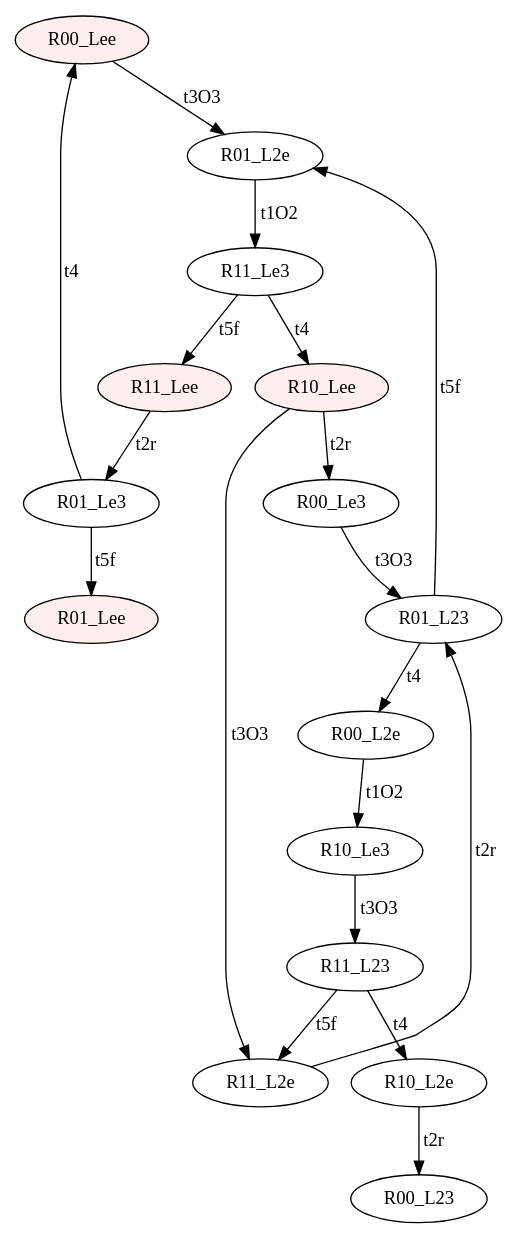
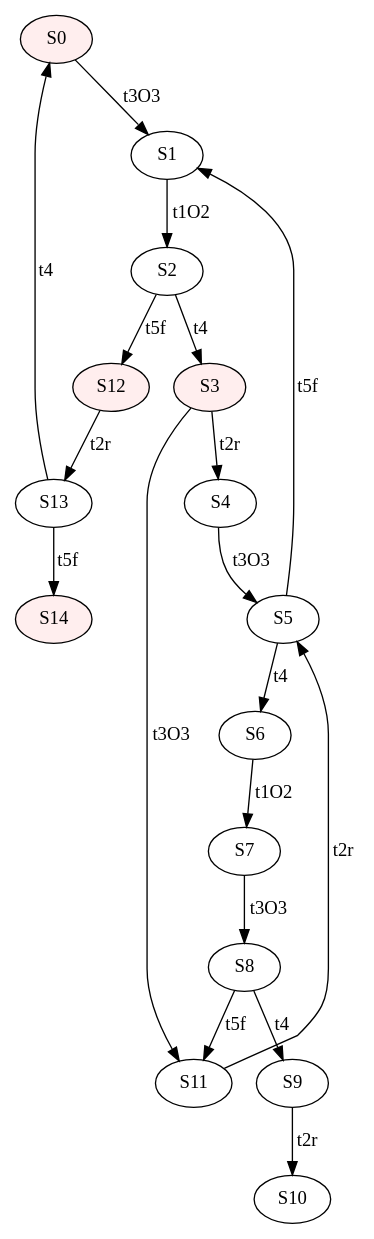
One commit to Stefano-BS/Explanatory-Diagnosis changed the diagram in input/e_SC.dot. Above: the diagram before and after it, drawn with Graphviz. The commit also changed 40 other files, not shown here.

```diff
--- a/input/e_SC.dot
+++ b/input/e_SC.dot
@@ -1,35 +1,35 @@
 digraph "SCinput/e" {
-node [style=filled fillcolor="#FFEEEE"]; R00_Lee ;
-node [fillcolor="#FFFFFF"]; R01_L2e ;
-node [fillcolor="#FFFFFF"]; R11_Le3 ;
-node [style=filled fillcolor="#FFEEEE"]; R10_Lee ;
-node [fillcolor="#FFFFFF"]; R00_Le3 ;
-node [fillcolor="#FFFFFF"]; R01_L23 ;
-node [fillcolor="#FFFFFF"]; R00_L2e ;
-node [fillcolor="#FFFFFF"]; R10_Le3 ;
-node [fillcolor="#FFFFFF"]; R11_L23 ;
-node [fillcolor="#FFFFFF"]; R10_L2e ;
-node [fillcolor="#FFFFFF"]; R00_L23 ;
-node [fillcolor="#FFFFFF"]; R11_L2e ;
-node [style=filled fillcolor="#FFEEEE"]; R11_Lee ;
-node [fillcolor="#FFFFFF"]; R01_Le3 ;
-node [style=filled fillcolor="#FFEEEE"]; R01_Lee ;
-R00_Lee -> R01_L2e [label=t3O3]
-R01_L2e -> R11_Le3 [label=t1O2]
-R11_Le3 -> R11_Lee [label=t5f]
-R11_Le3 -> R10_Lee [label=t4]
-R10_Lee -> R11_L2e [label=t3O3]
-R10_Lee -> R00_Le3 [label=t2r]
-R00_Le3 -> R01_L23 [label=t3O3]
-R01_L23 -> R01_L2e [label=t5f]
-R01_L23 -> R00_L2e [label=t4]
-R00_L2e -> R10_Le3 [label=t1O2]
-R10_Le3 -> R11_L23 [label=t3O3]
-R11_L23 -> R11_L2e [label=t5f]
-R11_L23 -> R10_L2e [label=t4]
-R10_L2e -> R00_L23 [label=t2r]
-R11_L2e -> R01_L23 [label=t2r]
-R11_Lee -> R01_Le3 [label=t2r]
-R01_Le3 -> R01_Lee [label=t5f]
-R01_Le3 -> R00_Lee [label=t4]
+node [style=filled fillcolor="#FFEEEE"]; S0 ;
+node [fillcolor="#FFFFFF"]; S1 ;
+node [fillcolor="#FFFFFF"]; S2 ;
+node [style=filled fillcolor="#FFEEEE"]; S3 ;
+node [fillcolor="#FFFFFF"]; S4 ;
+node [fillcolor="#FFFFFF"]; S5 ;
+node [fillcolor="#FFFFFF"]; S6 ;
+node [fillcolor="#FFFFFF"]; S7 ;
+node [fillcolor="#FFFFFF"]; S8 ;
+node [fillcolor="#FFFFFF"]; S9 ;
+node [fillcolor="#FFFFFF"]; S10 ;
+node [fillcolor="#FFFFFF"]; S11 ;
+node [style=filled fillcolor="#FFEEEE"]; S12 ;
+node [fillcolor="#FFFFFF"]; S13 ;
+node [style=filled fillcolor="#FFEEEE"]; S14 ;
+S0 -> S1 [label=t3O3]
+S1 -> S2 [label=t1O2]
+S2 -> S12 [label=t5f]
+S2 -> S3 [label=t4]
+S3 -> S11 [label=t3O3]
+S3 -> S4 [label=t2r]
+S4 -> S5 [label=t3O3]
+S5 -> S1 [label=t5f]
+S5 -> S6 [label=t4]
+S6 -> S7 [label=t1O2]
+S7 -> S8 [label=t3O3]
+S8 -> S11 [label=t5f]
+S8 -> S9 [label=t4]
+S9 -> S10 [label=t2r]
+S11 -> S5 [label=t2r]
+S12 -> S13 [label=t2r]
+S13 -> S14 [label=t5f]
+S13 -> S0 [label=t4]
 }
```
